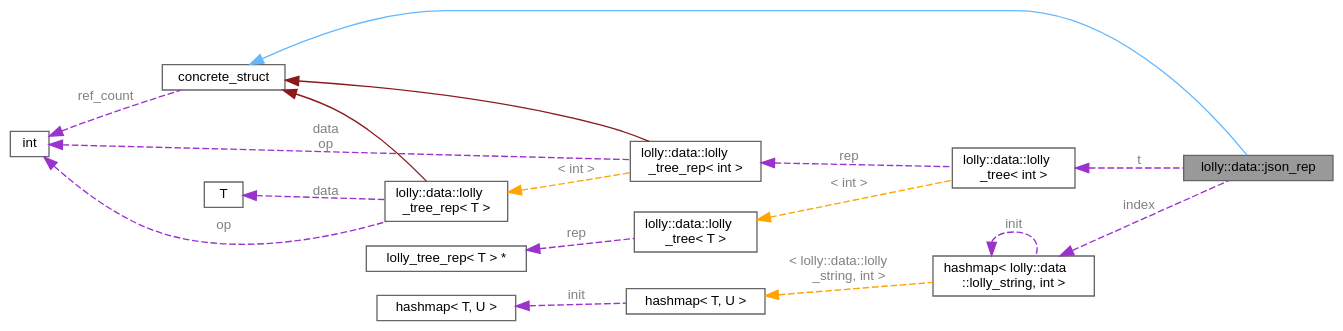
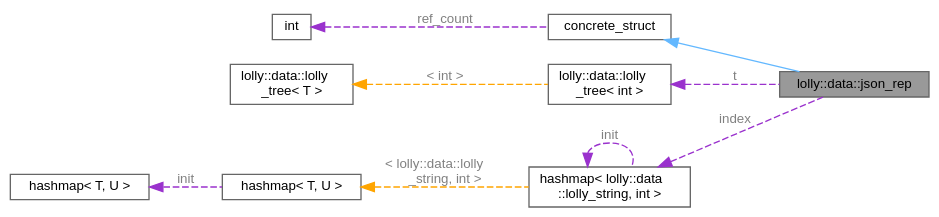
Before and after one commit to XmacsLabs/lolly: the diagram in structlolly_1_1data_1_1json__rep__coll__graph.dot, drawn with Graphviz. The commit also changed 824 other files, not shown here.

```diff
--- a/structlolly_1_1data_1_1json__rep__coll__graph.dot
+++ b/structlolly_1_1data_1_1json__rep__coll__graph.dot
@@ -1,36 +1,24 @@
 digraph "lolly::data::json_rep"
 {
  // LATEX_PDF_SIZE
   bgcolor="transparent";
   edge [fontname=Helvetica,fontsize=10,labelfontname=Helvetica,labelfontsize=10];
   node [fontname=Helvetica,fontsize=10,shape=box,height=0.2,width=0.4];
   rankdir="LR";
   Node1 [id="Node000001",label="lolly::data::json_rep",height=0.2,width=0.4,color="gray40", fillcolor="grey60", style="filled", fontcolor="black",tooltip=" "];
   Node2 -> Node1 [id="edge1_Node000001_Node000002",dir="back",color="steelblue1",style="solid",tooltip=" "];
   Node2 [id="Node000002",label="concrete_struct",height=0.2,width=0.4,color="gray40", fillcolor="white", style="filled",URL="$structconcrete__struct.html",tooltip="Structure representing a concrete object with a reference count."];
   Node3 -> Node2 [id="edge2_Node000002_Node000003",dir="back",color="darkorchid3",style="dashed",tooltip=" ",label=" ref_count",fontcolor="grey" ];
   Node3 [id="Node000003",label="int",height=0.2,width=0.4,color="gray40", fillcolor="white", style="filled",tooltip=" "];
   Node4 -> Node1 [id="edge3_Node000001_Node000004",dir="back",color="darkorchid3",style="dashed",tooltip=" ",label=" t",fontcolor="grey" ];
   Node4 [id="Node000004",label="lolly::data::lolly\l_tree\< int \>",height=0.2,width=0.4,color="gray40", fillcolor="white", style="filled",URL="$classlolly_1_1data_1_1lolly__tree.html",tooltip=" "];
-  Node5 -> Node4 [id="edge4_Node000004_Node000005",dir="back",color="darkorchid3",style="dashed",tooltip=" ",label=" rep",fontcolor="grey" ];
-  Node5 [id="Node000005",label="lolly::data::lolly\l_tree_rep\< int \>",height=0.2,width=0.4,color="gray40", fillcolor="white", style="filled",URL="$classlolly_1_1data_1_1lolly__tree__rep.html",tooltip=" "];
-  Node2 -> Node5 [id="edge5_Node000005_Node000002",dir="back",color="firebrick4",style="solid",tooltip=" "];
-  Node3 -> Node5 [id="edge6_Node000005_Node000003",dir="back",color="darkorchid3",style="dashed",tooltip=" ",label=" data\nop",fontcolor="grey" ];
-  Node6 -> Node5 [id="edge7_Node000005_Node000006",dir="back",color="orange",style="dashed",tooltip=" ",label=" \< int \>",fontcolor="grey" ];
-  Node6 [id="Node000006",label="lolly::data::lolly\l_tree_rep\< T \>",height=0.2,width=0.4,color="gray40", fillcolor="white", style="filled",URL="$classlolly_1_1data_1_1lolly__tree__rep.html",tooltip=" "];
-  Node2 -> Node6 [id="edge8_Node000006_Node000002",dir="back",color="firebrick4",style="solid",tooltip=" "];
-  Node3 -> Node6 [id="edge9_Node000006_Node000003",dir="back",color="darkorchid3",style="dashed",tooltip=" ",label=" op",fontcolor="grey" ];
-  Node7 -> Node6 [id="edge10_Node000006_Node000007",dir="back",color="darkorchid3",style="dashed",tooltip=" ",label=" data",fontcolor="grey" ];
-  Node7 [id="Node000007",label="T",height=0.2,width=0.4,color="gray40", fillcolor="white", style="filled",tooltip=" "];
-  Node8 -> Node4 [id="edge11_Node000004_Node000008",dir="back",color="orange",style="dashed",tooltip=" ",label=" \< int \>",fontcolor="grey" ];
-  Node8 [id="Node000008",label="lolly::data::lolly\l_tree\< T \>",height=0.2,width=0.4,color="gray40", fillcolor="white", style="filled",URL="$classlolly_1_1data_1_1lolly__tree.html",tooltip=" "];
-  Node9 -> Node8 [id="edge12_Node000008_Node000009",dir="back",color="darkorchid3",style="dashed",tooltip=" ",label=" rep",fontcolor="grey" ];
-  Node9 [id="Node000009",label="lolly_tree_rep\< T \> *",height=0.2,width=0.4,color="gray40", fillcolor="white", style="filled",tooltip=" "];
-  Node10 -> Node1 [id="edge13_Node000001_Node000010",dir="back",color="darkorchid3",style="dashed",tooltip=" ",label=" index",fontcolor="grey" ];
-  Node10 [id="Node000010",label="hashmap\< lolly::data\l::lolly_string, int \>",height=0.2,width=0.4,color="gray40", fillcolor="white", style="filled",URL="$classhashmap.html",tooltip=" "];
-  Node10 -> Node10 [id="edge14_Node000010_Node000010",dir="back",color="darkorchid3",style="dashed",tooltip=" ",label=" init",fontcolor="grey" ];
-  Node11 -> Node10 [id="edge15_Node000010_Node000011",dir="back",color="orange",style="dashed",tooltip=" ",label=" \< lolly::data::lolly\l_string, int \>",fontcolor="grey" ];
-  Node11 [id="Node000011",label="hashmap\< T, U \>",height=0.2,width=0.4,color="gray40", fillcolor="white", style="filled",URL="$classhashmap.html",tooltip="A simple hashmap class implementation."];
-  Node12 -> Node11 [id="edge16_Node000011_Node000012",dir="back",color="darkorchid3",style="dashed",tooltip=" ",label=" init",fontcolor="grey" ];
-  Node12 [id="Node000012",label="hashmap\< T, U \>",height=0.2,width=0.4,color="gray40", fillcolor="white", style="filled",tooltip=" "];
+  Node5 -> Node4 [id="edge4_Node000004_Node000005",dir="back",color="orange",style="dashed",tooltip=" ",label=" \< int \>",fontcolor="grey" ];
+  Node5 [id="Node000005",label="lolly::data::lolly\l_tree\< T \>",height=0.2,width=0.4,color="gray40", fillcolor="white", style="filled",URL="$classlolly_1_1data_1_1lolly__tree.html",tooltip=" "];
+  Node6 -> Node1 [id="edge5_Node000001_Node000006",dir="back",color="darkorchid3",style="dashed",tooltip=" ",label=" index",fontcolor="grey" ];
+  Node6 [id="Node000006",label="hashmap\< lolly::data\l::lolly_string, int \>",height=0.2,width=0.4,color="gray40", fillcolor="white", style="filled",URL="$classhashmap.html",tooltip=" "];
+  Node6 -> Node6 [id="edge6_Node000006_Node000006",dir="back",color="darkorchid3",style="dashed",tooltip=" ",label=" init",fontcolor="grey" ];
+  Node7 -> Node6 [id="edge7_Node000006_Node000007",dir="back",color="orange",style="dashed",tooltip=" ",label=" \< lolly::data::lolly\l_string, int \>",fontcolor="grey" ];
+  Node7 [id="Node000007",label="hashmap\< T, U \>",height=0.2,width=0.4,color="gray40", fillcolor="white", style="filled",URL="$classhashmap.html",tooltip="A simple hashmap class implementation."];
+  Node8 -> Node7 [id="edge8_Node000007_Node000008",dir="back",color="darkorchid3",style="dashed",tooltip=" ",label=" init",fontcolor="grey" ];
+  Node8 [id="Node000008",label="hashmap\< T, U \>",height=0.2,width=0.4,color="gray40", fillcolor="white", style="filled",tooltip=" "];
 }
```
